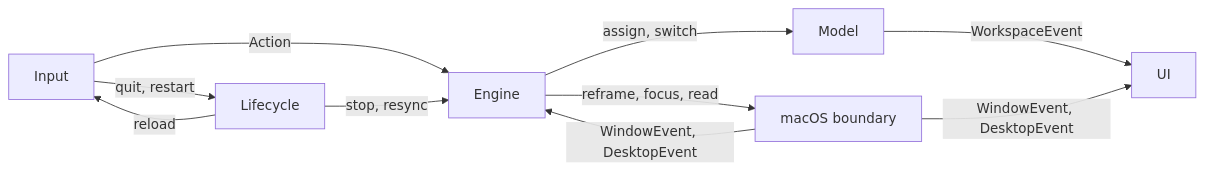
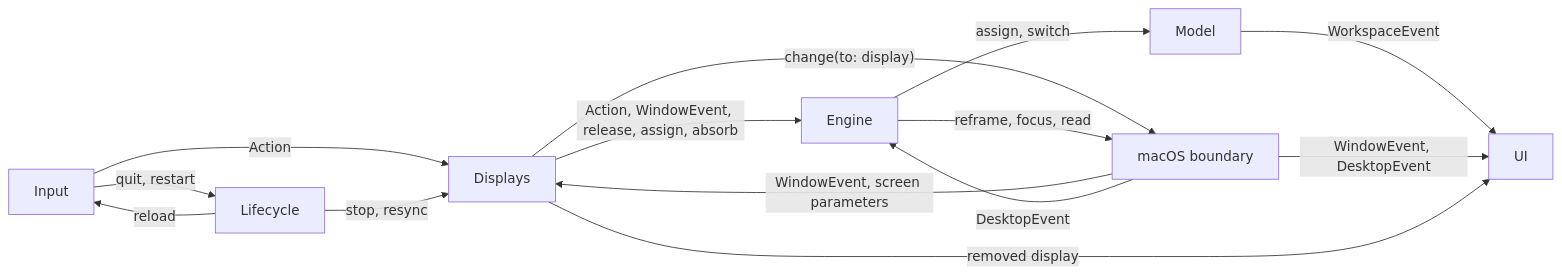
Before and after one commit to brennovich/ottowm: the third of 26 diagrams in ARCHITECTURE.md, drawn with Mermaid. The commit also changed other lines of this file and 1 other file, not shown here.

First line of the commit message:
Document one engine and one Pager per display

````diff
--- a/ARCHITECTURE.md
+++ b/ARCHITECTURE.md
@@ -56,12 +58,16 @@
 ```mermaid
 flowchart LR
-    Input -->|Action| Engine
+    Input -->|Action| Displays
     Input -->|quit, restart| Lifecycle
     Lifecycle -->|reload| Input
-    Lifecycle -->|stop, resync| Engine
-    macOS["macOS boundary"] -->|WindowEvent, DesktopEvent| Engine
+    Lifecycle -->|stop, resync| Displays
+    macOS["macOS boundary"] -->|WindowEvent, screen parameters| Displays
+    Displays -->|"Action, WindowEvent, release, assign, absorb"| Engine
+    Displays -->|"change(to: display)"| macOS
+    macOS -->|DesktopEvent| Engine
     Engine -->|reframe, focus, read| macOS
     Engine -->|assign, switch| Model
     Model -->|WorkspaceEvent| UI
     macOS -->|WindowEvent, DesktopEvent| UI
+    Displays -->|removed display| UI
 ```
````
